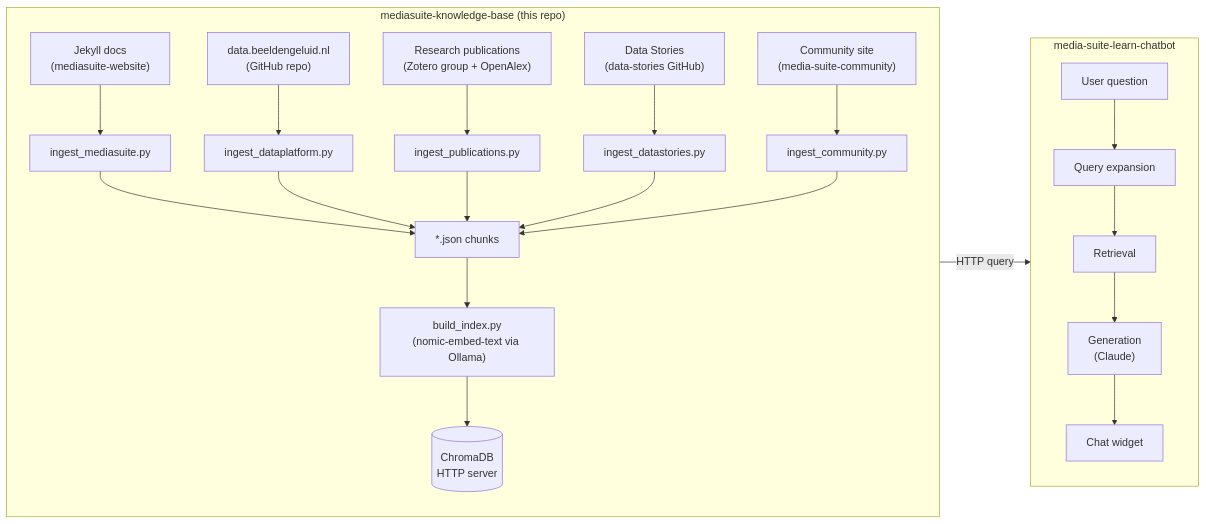
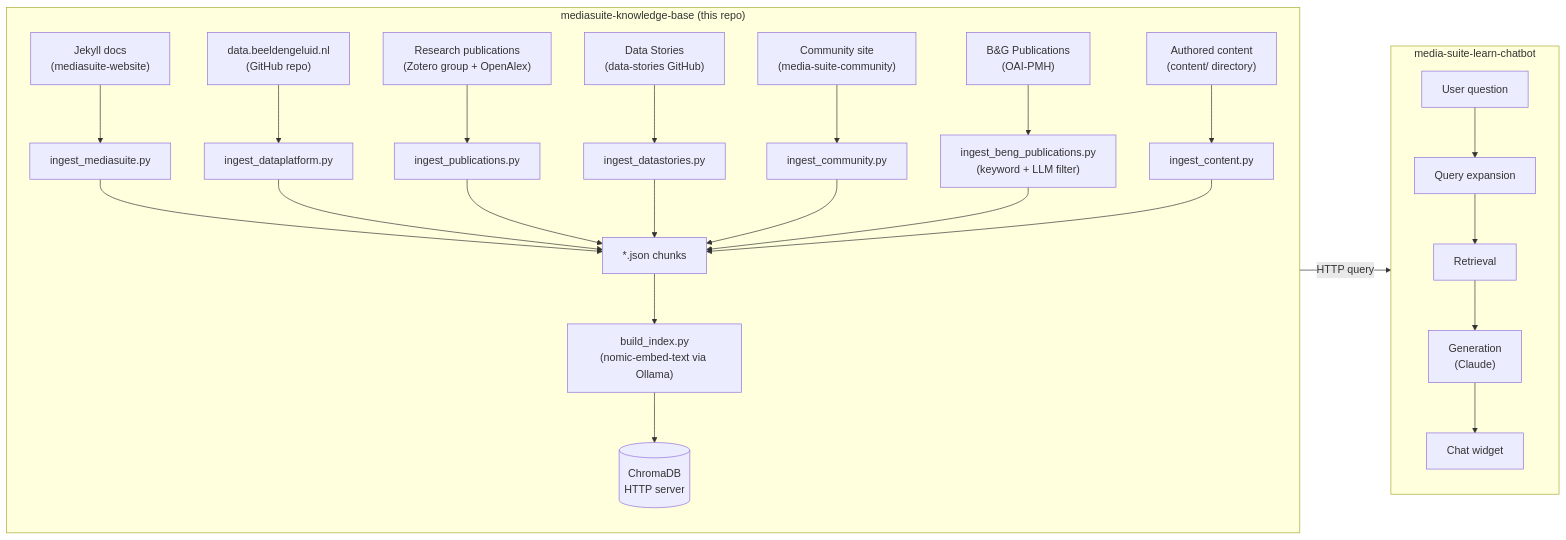
Before and after one commit to roelandordelman/mediasuite-knowledge-base: the diagram in README.md, drawn with Mermaid. The commit also changed other lines of this file and 1 other file, not shown here.

First line of the commit message:
Update README and CLAUDE.md for B&G publications and new sources

````diff
--- a/README.md
+++ b/README.md
@@ -14,39 +14,45 @@
 ```mermaid
 flowchart LR
     subgraph kb["mediasuite-knowledge-base (this repo)"]
         direction TB
         src1["Jekyll docs\n(mediasuite-website)"]
         src2["data.beeldengeluid.nl\n(GitHub repo)"]
         src3["Research publications\n(Zotero group + OpenAlex)"]
         src4["Data Stories\n(data-stories GitHub)"]
         src5["Community site\n(media-suite-community)"]
+        src6["B&G Publications\n(OAI-PMH)"]
+        src7["Authored content\n(content/ directory)"]
         ingest1["ingest_mediasuite.py"]
         ingest2["ingest_dataplatform.py"]
         ingest3["ingest_publications.py"]
         ingest4["ingest_datastories.py"]
         ingest5["ingest_community.py"]
+        ingest6["ingest_beng_publications.py\n(keyword + LLM filter)"]
+        ingest7["ingest_content.py"]
         json["*.json chunks"]
         embed["build_index.py\n(nomic-embed-text via Ollama)"]
         chroma[("ChromaDB\nHTTP server")]
 
         src1 --> ingest1 --> json
         src2 --> ingest2 --> json
         src3 --> ingest3 --> json
         src4 --> ingest4 --> json
         src5 --> ingest5 --> json
+        src6 --> ingest6 --> json
+        src7 --> ingest7 --> json
         json --> embed --> chroma
     end
 
     subgraph chatbot["media-suite-learn-chatbot"]
         direction TB
         q["User question"]
         expand["Query expansion"]
         retrieve["Retrieval"]
         generate["Generation\n(Claude)"]
         widget["Chat widget"]
 
         q --> expand --> retrieve --> generate --> widget
     end
 
     chroma -->|"HTTP query"| retrieve
 ```
````
